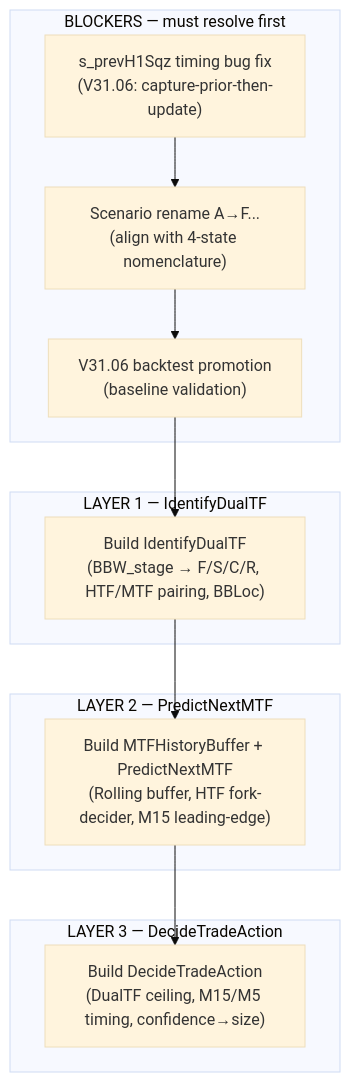
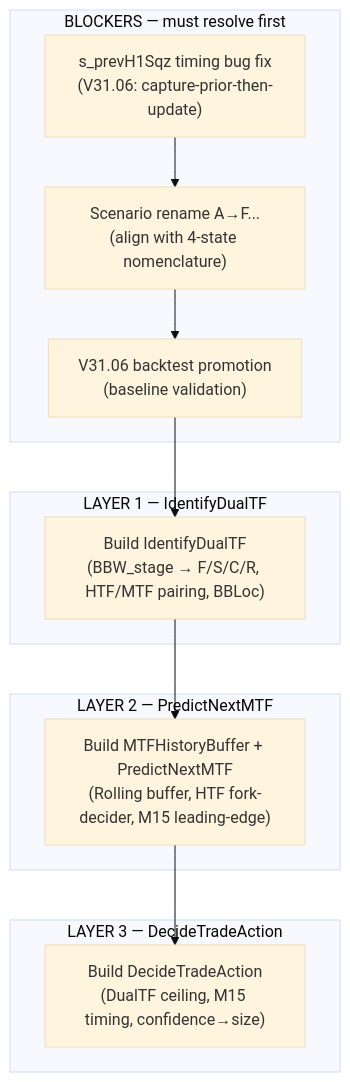
One commit to Terrypang89/BB_MTF_M15_STRATEGY changed diagram 13 of 13 in references/DUALTF_ARCHITECTURE.md. Above: the diagram before and after it, drawn with Mermaid (base theme). The commit also changed other lines of this file, not shown here.

First line of the commit message:
Apply 5 design refinements to DUALTF_ARCHITECTURE.md

````diff
--- a/references/DUALTF_ARCHITECTURE.md
+++ b/references/DUALTF_ARCHITECTURE.md
@@ -607,22 +674,22 @@
 ```mermaid
 flowchart TD
     subgraph BLOCKERS["BLOCKERS — must resolve first"]
         B1["s_prevH1Sqz timing bug fix\n(V31.06: capture-prior-then-update)"]
         B2["Scenario rename A→F...\n(align with 4-state nomenclature)"]
         B3["V31.06 backtest promotion\n(baseline validation)"]
     end
 
     subgraph LAYER1["LAYER 1 — IdentifyDualTF"]
         P3["Build IdentifyDualTF\n(BBW_stage → F/S/C/R, HTF/MTF pairing, BBLoc)"]
     end
 
     subgraph LAYER2["LAYER 2 — PredictNextMTF"]
         P4["Build MTFHistoryBuffer + PredictNextMTF\n(Rolling buffer, HTF fork-decider, M15 leading-edge)"]
     end
 
     subgraph LAYER3["LAYER 3 — DecideTradeAction"]
-        P5["Build DecideTradeAction\n(DualTF ceiling, M15/M5 timing, confidence→size)"]
+        P5["Build DecideTradeAction\n(DualTF ceiling, M15 timing, confidence→size)"]
     end
 
     B1 --> B2 --> B3 --> P3 --> P4 --> P5
 ```
````
